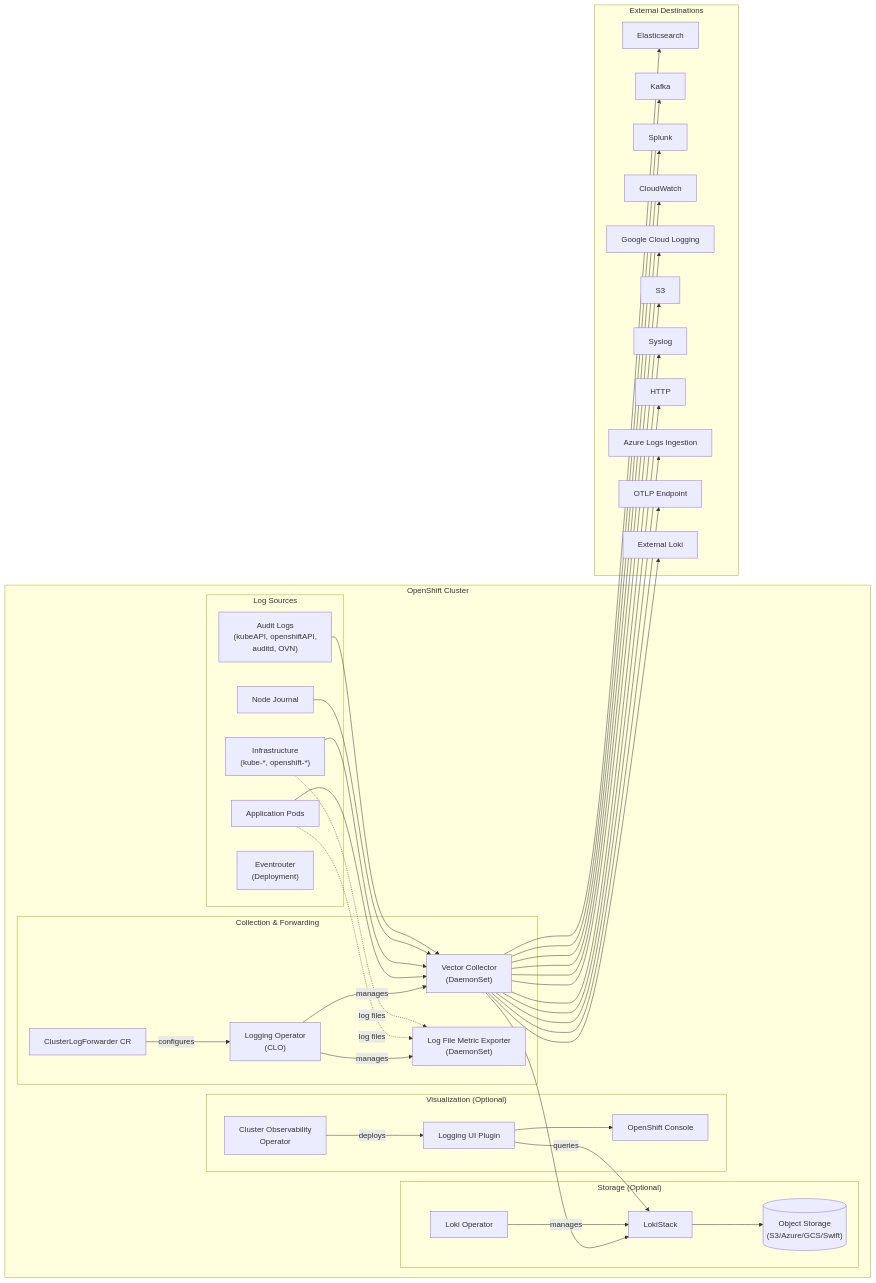
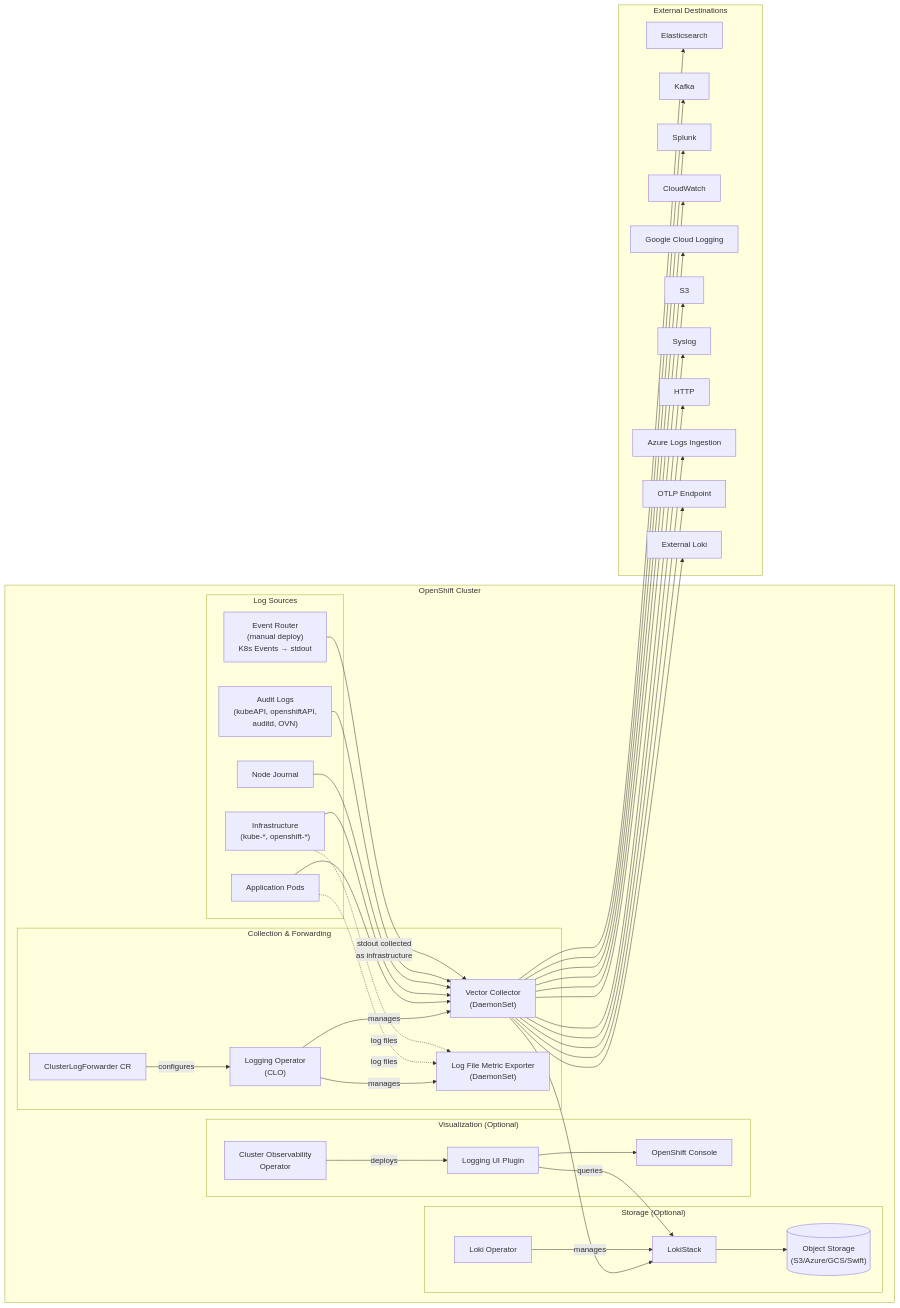
One commit to rhobs/redhat-openshift-logging-workspace changed the first of 2 diagrams in ARCHITECTURE.md. Above: the diagram before and after it, drawn with Mermaid. The commit also changed other lines of this file and 7 other files, not shown here.

Commit message:
chore: add event-router as a dedicated component

````diff
--- a/ARCHITECTURE.md
+++ b/ARCHITECTURE.md
@@ -7,75 +7,76 @@
 ```mermaid
 graph LR
     subgraph "OpenShift Cluster"
         subgraph "Log Sources"
             APP["Application Pods"]
             INFRA["Infrastructure<br/>(kube-*, openshift-*)"]
             JOURNAL["Node Journal"]
             AUDIT["Audit Logs<br/>(kubeAPI, openshiftAPI,<br/>auditd, OVN)"]
-            EROUTER["Eventrouter<br/>(Deployment)"]
+            EVENTROUTER["Event Router<br/>(manual deploy)<br/>K8s Events → stdout"]
         end
 
         subgraph "Collection & Forwarding"
             CLO["Logging Operator<br/>(CLO)"]
             CLF["ClusterLogForwarder CR"]
             VECTOR["Vector Collector<br/>(DaemonSet)"]
             LFME["Log File Metric Exporter<br/>(DaemonSet)"]
         end
 
         subgraph "Storage (Optional)"
             LOKIOP["Loki Operator"]
             LOKISTACK["LokiStack"]
             OBJSTORE[("Object Storage<br/>(S3/Azure/GCS/Swift)")]
         end
 
         subgraph "Visualization (Optional)"
             COO["Cluster Observability<br/>Operator"]
             UIPLUGIN["Logging UI Plugin"]
             CONSOLE["OpenShift Console"]
         end
     end
 
     subgraph "External Destinations"
         ES["Elasticsearch"]
         KAFKA["Kafka"]
         SPLUNK["Splunk"]
         CW["CloudWatch"]
         GCL["Google Cloud Logging"]
         S3["S3"]
         SYSLOG["Syslog"]
         HTTP["HTTP"]
         AZURE["Azure Logs Ingestion"]
         OTLP["OTLP Endpoint"]
         EXTLOKI["External Loki"]
     end
 
     CLO -->|"manages"| VECTOR
     CLO -->|"manages"| LFME
     CLF -->|"configures"| CLO
     APP -.->|"log files"| LFME
     INFRA -.->|"log files"| LFME
     APP --> VECTOR
     INFRA --> VECTOR
     JOURNAL --> VECTOR
     AUDIT --> VECTOR
+    EVENTROUTER -->|"stdout collected<br/>as infrastructure"| VECTOR
 
     VECTOR --> LOKISTACK
     VECTOR --> ES
     VECTOR --> KAFKA
     VECTOR --> SPLUNK
     VECTOR --> CW
     VECTOR --> GCL
     VECTOR --> S3
     VECTOR --> SYSLOG
     VECTOR --> HTTP
     VECTOR --> AZURE
     VECTOR --> OTLP
     VECTOR --> EXTLOKI
 
     LOKIOP -->|"manages"| LOKISTACK
     LOKISTACK --> OBJSTORE
 
     COO -->|"deploys"| UIPLUGIN
     UIPLUGIN --> CONSOLE
     UIPLUGIN -->|"queries"| LOKISTACK
 ```
````
